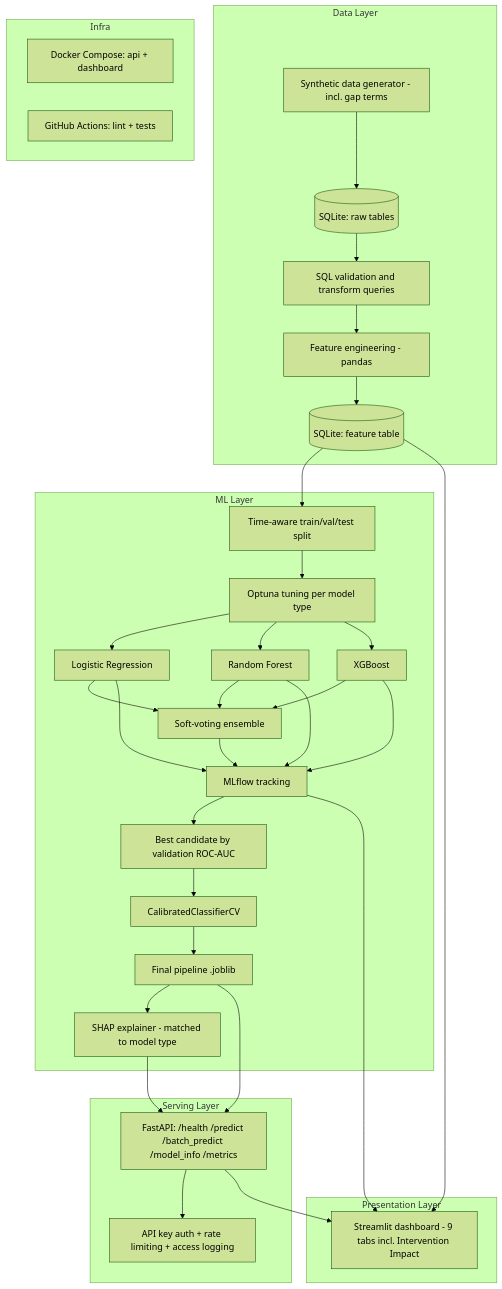
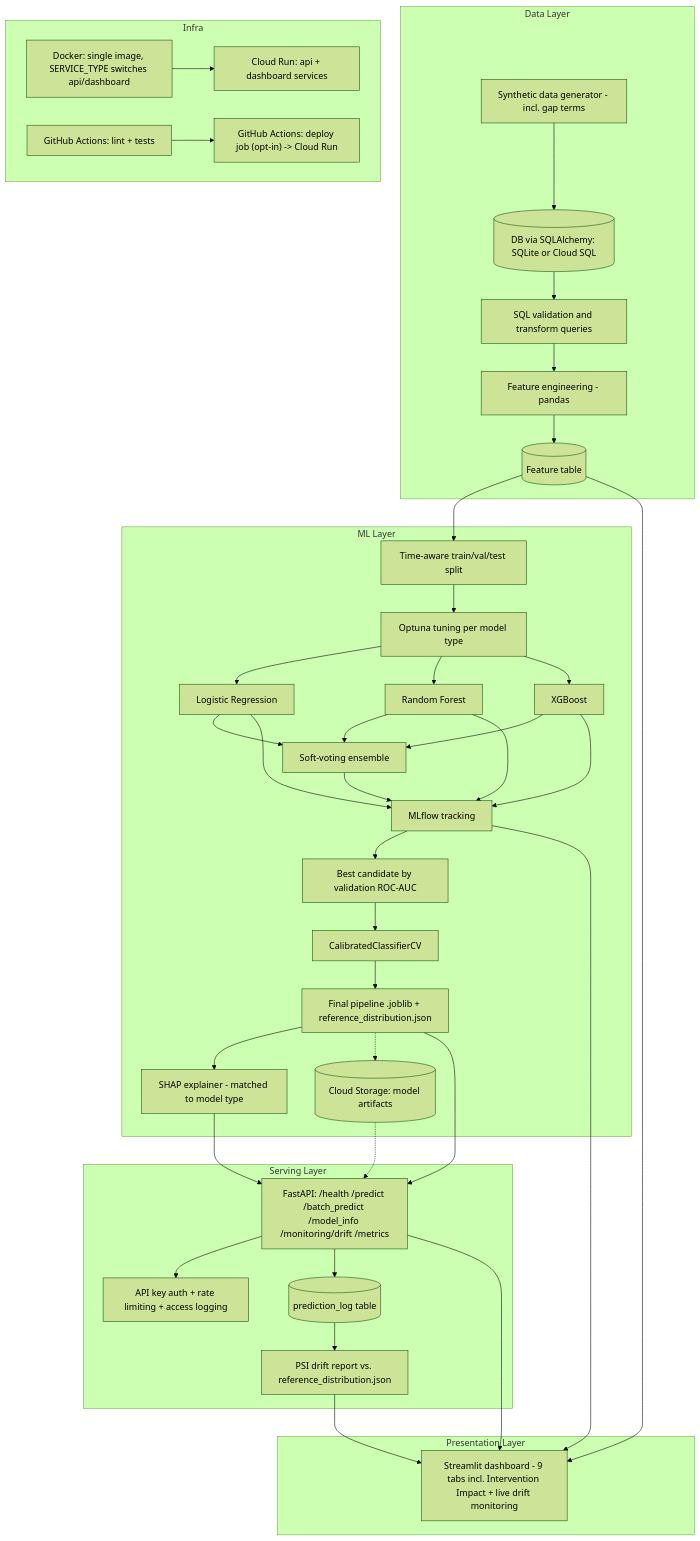
Before and after one commit to riyap3111/student-journey-intelligence-engine: the diagram in docs/architecture.md, drawn with Mermaid (forest theme). The commit also changed other lines of this file and 18 other files, not shown here.

First line of the commit message:
Phase 10: PSI-based drift monitoring + CI/CD auto-deploy

````diff
--- a/docs/architecture.md
+++ b/docs/architecture.md
@@ -3,45 +3,54 @@
 ```mermaid
 flowchart TB
     subgraph DataLayer["Data Layer"]
-        A[Synthetic data generator - incl. gap terms] --> B[(SQLite: raw tables)]
+        A[Synthetic data generator - incl. gap terms] --> B[(DB via SQLAlchemy: SQLite or Cloud SQL)]
         B --> C[SQL validation and transform queries]
         C --> D[Feature engineering - pandas]
-        D --> E[(SQLite: feature table)]
+        D --> E[(Feature table)]
     end
 
     subgraph MLLayer["ML Layer"]
         E --> F[Time-aware train/val/test split]
         F --> F2[Optuna tuning per model type]
         F2 --> G[Logistic Regression]
         F2 --> H[Random Forest]
         F2 --> I[XGBoost]
         G --> G2[Soft-voting ensemble]
         H --> G2
         I --> G2
         G --> J[MLflow tracking]
         H --> J
         I --> J
         G2 --> J
         J --> K2[Best candidate by validation ROC-AUC]
         K2 --> K3[CalibratedClassifierCV]
-        K3 --> K[Final pipeline .joblib]
+        K3 --> K[Final pipeline .joblib + reference_distribution.json]
         K --> L[SHAP explainer - matched to model type]
+        K -.-> GCS[(Cloud Storage: model artifacts)]
     end
 
     subgraph ServingLayer["Serving Layer"]
-        K --> M["FastAPI: /health /predict /batch_predict /model_info /metrics"]
+        K --> M["FastAPI: /health /predict /batch_predict /model_info /monitoring/drift /metrics"]
         L --> M
+        GCS -.-> M
         M --> M2[API key auth + rate limiting + access logging]
+        M --> M3[(prediction_log table)]
+        M3 --> M4[PSI drift report vs. reference_distribution.json]
     end
 
     subgraph PresentationLayer["Presentation Layer"]
-        M --> N[Streamlit dashboard - 9 tabs incl. Intervention Impact]
+        M --> N[Streamlit dashboard - 9 tabs incl. Intervention Impact + live drift monitoring]
         E --> N
         J --> N
+        M4 --> N
     end
 
     subgraph Infra["Infra"]
-        O[Docker Compose: api + dashboard]
+        O[Docker: single image, SERVICE_TYPE switches api/dashboard]
         P[GitHub Actions: lint + tests]
+        Q["GitHub Actions: deploy job (opt-in) -> Cloud Run"]
+        R[Cloud Run: api + dashboard services]
+        O --> R
+        P --> Q
     end
 ```
````
